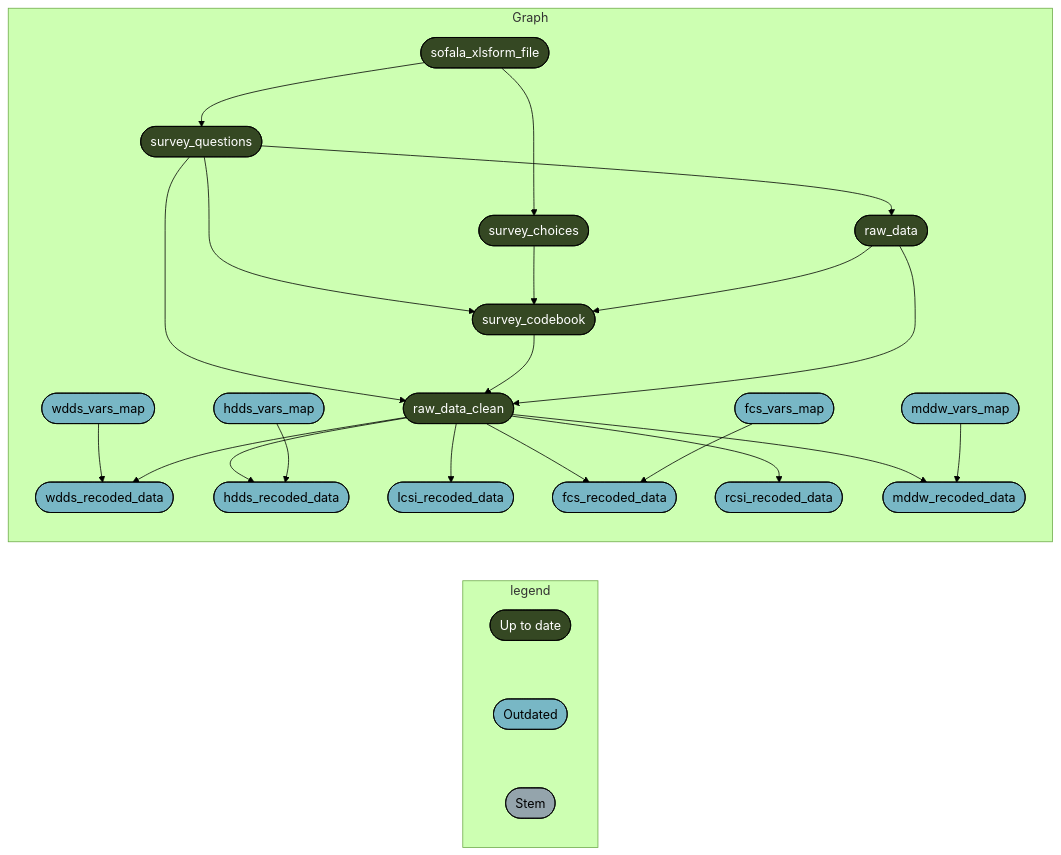
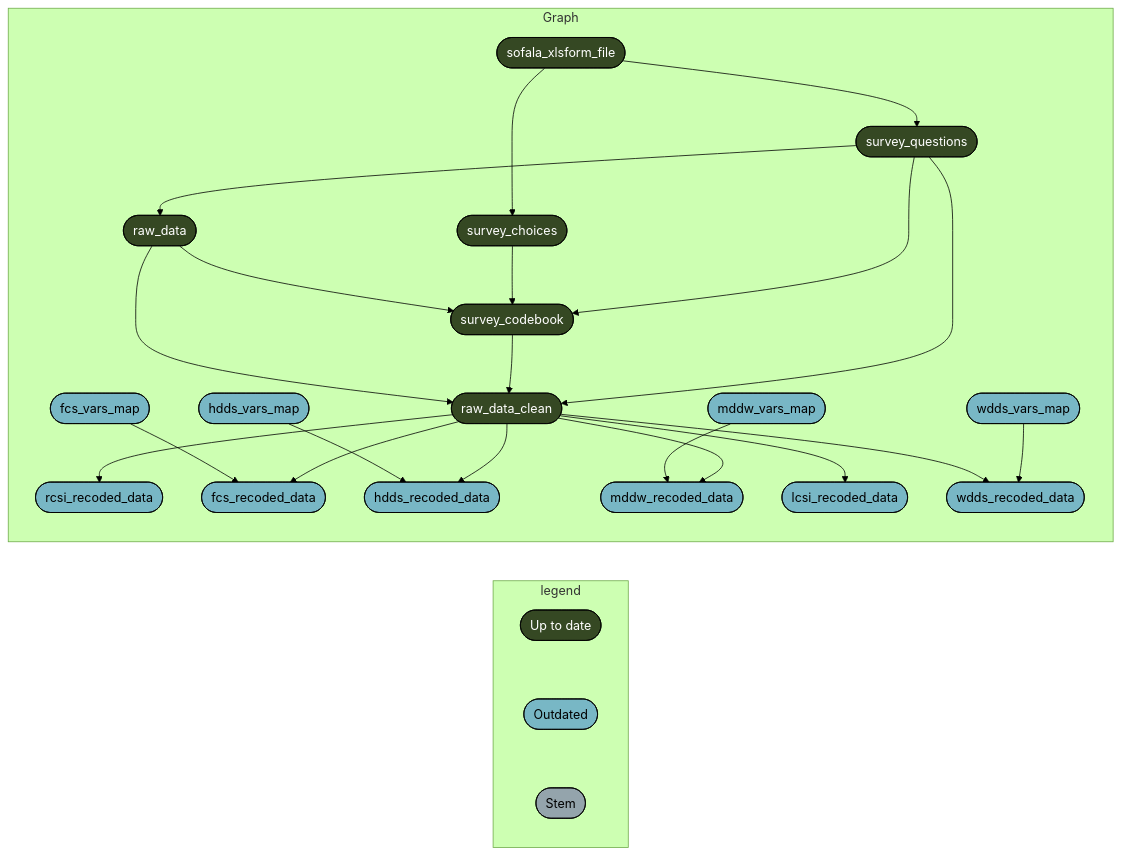
Before and after one commit to katilingban/mozambique-s3m: the second of 8 diagrams in README.md, drawn with Mermaid (forest theme). The commit also changed other lines of this file and 3 other files, not shown here.

````diff
--- a/README.md
+++ b/README.md
@@ -56,33 +56,33 @@
 ``` mermaid
 graph LR
   subgraph legend
     x7420bd9270f8d27d([""Up to date""]):::uptodate --- x0a52b03877696646([""Outdated""]):::outdated
     x0a52b03877696646([""Outdated""]):::outdated --- xbf4603d6c2c2ad6b([""Stem""]):::none
   end
   subgraph Graph
-    x09e58614f2343db8(["raw_data_clean"]):::uptodate --> x89dfb95fe8e44cfd(["wdds_recoded_data"]):::outdated
-    xf222f81b7d734901(["wdds_vars_map"]):::outdated --> x89dfb95fe8e44cfd(["wdds_recoded_data"]):::outdated
+    x136e4e85e6851637(["raw_data"]):::uptodate --> x09e58614f2343db8(["raw_data_clean"]):::uptodate
+    xfcfc1959dbba8ed3(["survey_codebook"]):::uptodate --> x09e58614f2343db8(["raw_data_clean"]):::uptodate
+    x0c65864d89dfd824(["survey_questions"]):::uptodate --> x09e58614f2343db8(["raw_data_clean"]):::uptodate
+    x09e58614f2343db8(["raw_data_clean"]):::uptodate --> x9db0983be8f9a87e(["rcsi_recoded_data"]):::outdated
+    x0c65864d89dfd824(["survey_questions"]):::uptodate --> x136e4e85e6851637(["raw_data"]):::uptodate
+    x6d5a6a038d8cf062(["fcs_vars_map"]):::outdated --> x710620555a048954(["fcs_recoded_data"]):::outdated
+    x09e58614f2343db8(["raw_data_clean"]):::uptodate --> x710620555a048954(["fcs_recoded_data"]):::outdated
+    x52eeb21c389d52d8(["sofala_xlsform_file"]):::uptodate --> x0c65864d89dfd824(["survey_questions"]):::uptodate
     xd946f9fb4faff97c(["hdds_vars_map"]):::outdated --> x5f4e9e79af1e1472(["hdds_recoded_data"]):::outdated
     x09e58614f2343db8(["raw_data_clean"]):::uptodate --> x5f4e9e79af1e1472(["hdds_recoded_data"]):::outdated
+    xcf59fc858ba254c4(["mddw_vars_map"]):::outdated --> xaf0c296cd393c60a(["mddw_recoded_data"]):::outdated
+    x09e58614f2343db8(["raw_data_clean"]):::uptodate --> xaf0c296cd393c60a(["mddw_recoded_data"]):::outdated
     x09e58614f2343db8(["raw_data_clean"]):::uptodate --> x1bfdb340aaf51c10(["lcsi_recoded_data"]):::outdated
-    x6d5a6a038d8cf062(["fcs_vars_map"]):::outdated --> x710620555a048954(["fcs_recoded_data"]):::outdated
-    x09e58614f2343db8(["raw_data_clean"]):::uptodate --> x710620555a048954(["fcs_recoded_data"]):::outdated
-    x09e58614f2343db8(["raw_data_clean"]):::uptodate --> x9db0983be8f9a87e(["rcsi_recoded_data"]):::outdated
-    x52eeb21c389d52d8(["sofala_xlsform_file"]):::uptodate --> x0c65864d89dfd824(["survey_questions"]):::uptodate
     x136e4e85e6851637(["raw_data"]):::uptodate --> xfcfc1959dbba8ed3(["survey_codebook"]):::uptodate
     x5aed27afbde18e19(["survey_choices"]):::uptodate --> xfcfc1959dbba8ed3(["survey_codebook"]):::uptodate
     x0c65864d89dfd824(["survey_questions"]):::uptodate --> xfcfc1959dbba8ed3(["survey_codebook"]):::uptodate
-    xcf59fc858ba254c4(["mddw_vars_map"]):::outdated --> xaf0c296cd393c60a(["mddw_recoded_data"]):::outdated
-    x09e58614f2343db8(["raw_data_clean"]):::uptodate --> xaf0c296cd393c60a(["mddw_recoded_data"]):::outdated
-    x136e4e85e6851637(["raw_data"]):::uptodate --> x09e58614f2343db8(["raw_data_clean"]):::uptodate
-    xfcfc1959dbba8ed3(["survey_codebook"]):::uptodate --> x09e58614f2343db8(["raw_data_clean"]):::uptodate
-    x0c65864d89dfd824(["survey_questions"]):::uptodate --> x09e58614f2343db8(["raw_data_clean"]):::uptodate
+    x09e58614f2343db8(["raw_data_clean"]):::uptodate --> x89dfb95fe8e44cfd(["wdds_recoded_data"]):::outdated
+    xf222f81b7d734901(["wdds_vars_map"]):::outdated --> x89dfb95fe8e44cfd(["wdds_recoded_data"]):::outdated
     x52eeb21c389d52d8(["sofala_xlsform_file"]):::uptodate --> x5aed27afbde18e19(["survey_choices"]):::uptodate
-    x0c65864d89dfd824(["survey_questions"]):::uptodate --> x136e4e85e6851637(["raw_data"]):::uptodate
   end
   classDef uptodate stroke:#000000,color:#ffffff,fill:#354823;
   classDef outdated stroke:#000000,color:#000000,fill:#78B7C5;
   classDef none stroke:#000000,color:#000000,fill:#94a4ac;
   linkStyle 0 stroke-width:0px;
   linkStyle 1 stroke-width:0px;
 ```
````
